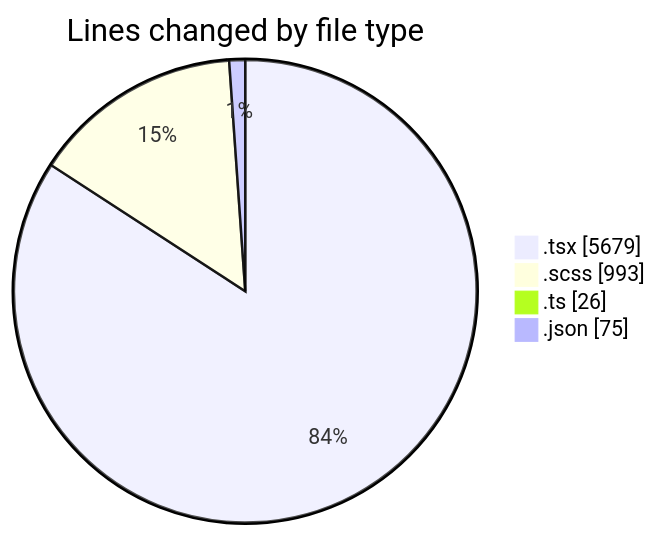
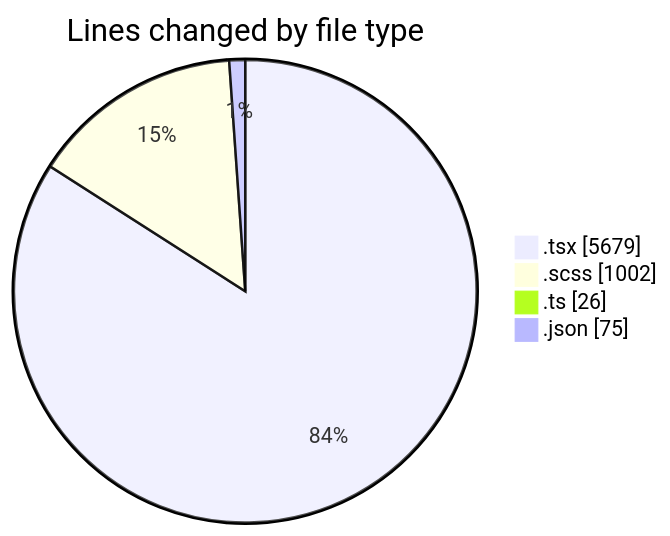
One commit to momahboobian/code-tracking changed the first of 2 diagrams in 2025-04-09/cda/README.md. Above: the diagram before and after it, drawn with Mermaid. The commit also changed other lines of this file and 1 other file, not shown here.

````diff
--- a/2025-04-09/cda/README.md
+++ b/2025-04-09/cda/README.md
@@ -43,8 +43,8 @@
 ```mermaid
 pie showData
 title Lines changed by file type
 ".tsx" : 5679
-".scss" : 993
+".scss" : 1002
 ".ts" : 26
 ".json" : 75
 ```
````
